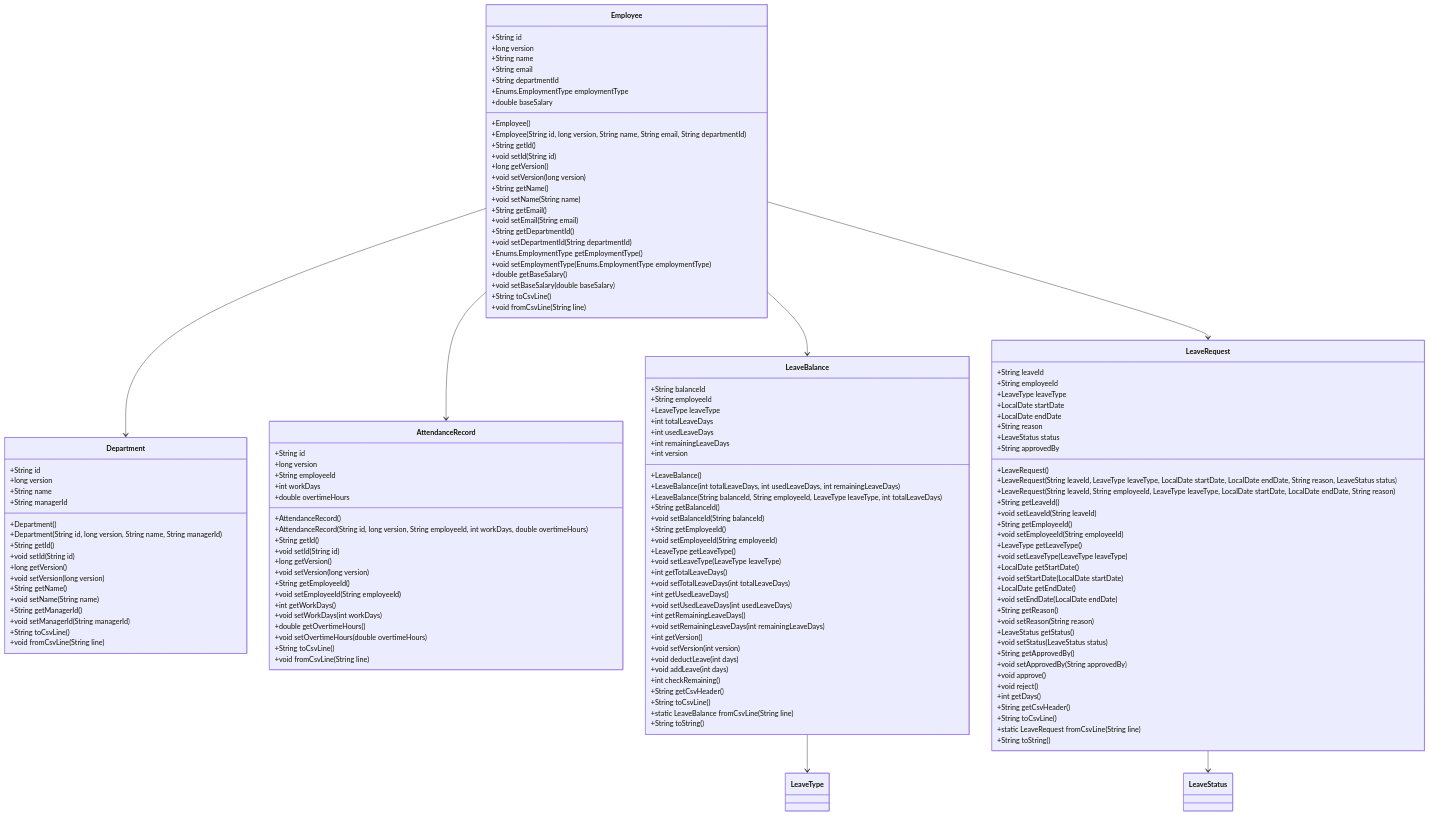
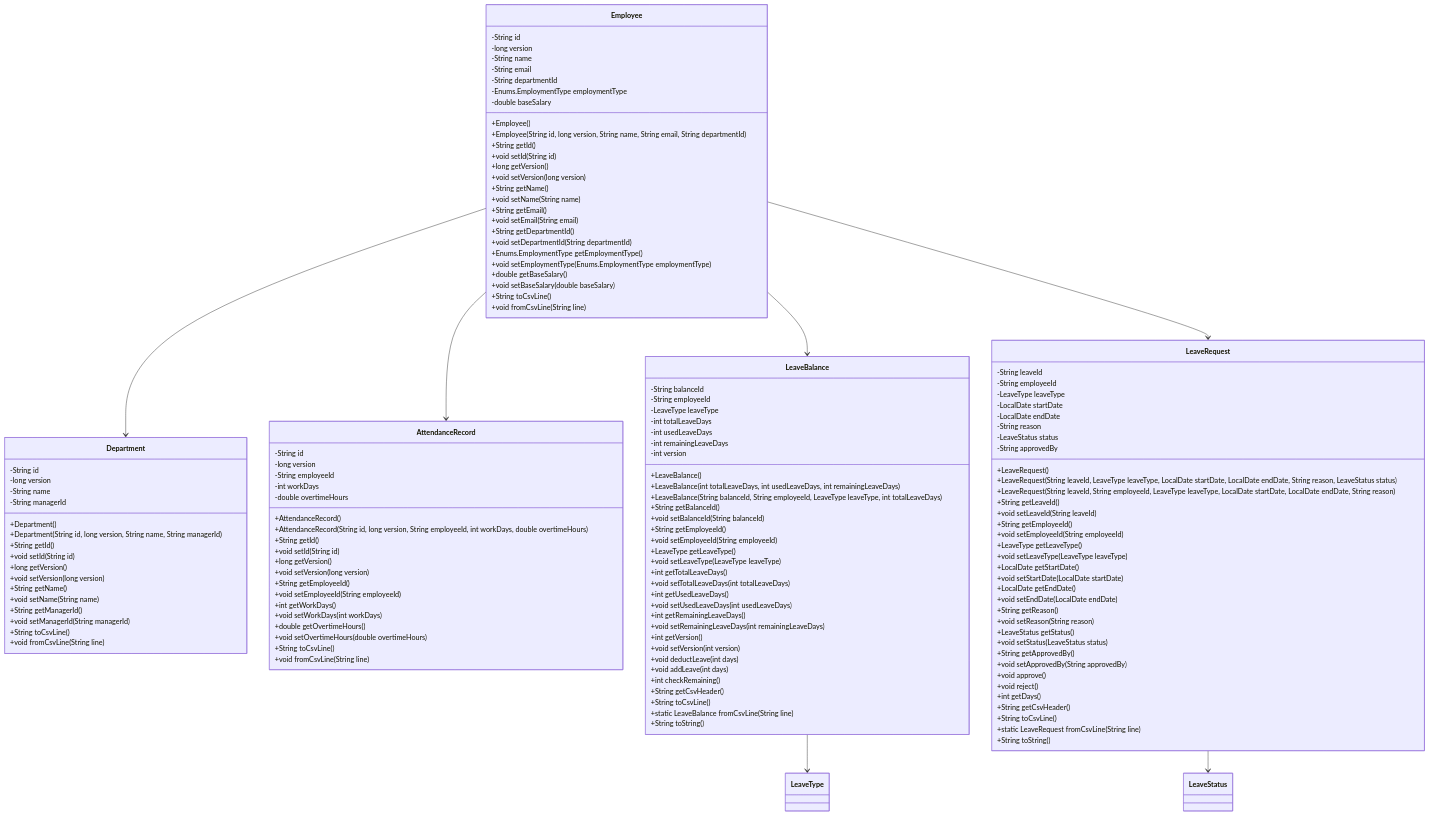
The diagram in docs/diagrams/class 7.md (kincrimson987/LAB211-Nhom-5), drawn with Mermaid before and after one commit.

Commit message:
Update class 7.md

```diff
--- a/docs/diagrams/class 7.md
+++ b/docs/diagrams/class 7.md
@@ -2,13 +2,13 @@
 classDiagram
 
 class Employee {
-    +String id
-    +long version
-    +String name
-    +String email
-    +String departmentId
-    +Enums.EmploymentType employmentType
-    +double baseSalary
+    -String id
+    -long version
+    -String name
+    -String email
+    -String departmentId
+    -Enums.EmploymentType employmentType
+    -double baseSalary
 
     +Employee()
     +Employee(String id, long version, String name, String email, String departmentId)
@@ -31,10 +31,10 @@
 }
 
 class Department {
-    +String id
-    +long version
-    +String name
-    +String managerId
+    -String id
+    -long version
+    -String name
+    -String managerId
 
     +Department()
     +Department(String id, long version, String name, String managerId)
@@ -51,11 +51,11 @@
 }
 
 class AttendanceRecord {
-    +String id
-    +long version
-    +String employeeId
-    +int workDays
-    +double overtimeHours
+    -String id
+    -long version
+    -String employeeId
+    -int workDays
+    -double overtimeHours
 
     +AttendanceRecord()
     +AttendanceRecord(String id, long version, String employeeId, int workDays, double overtimeHours)
@@ -74,13 +74,13 @@
 }
 
 class LeaveBalance {
-    +String balanceId
-    +String employeeId
-    +LeaveType leaveType
-    +int totalLeaveDays
-    +int usedLeaveDays
-    +int remainingLeaveDays
-    +int version
+    -String balanceId
+    -String employeeId
+    -LeaveType leaveType
+    -int totalLeaveDays
+    -int usedLeaveDays
+    -int remainingLeaveDays
+    -int version
 
     +LeaveBalance()
     +LeaveBalance(int totalLeaveDays, int usedLeaveDays, int remainingLeaveDays)
@@ -109,14 +109,14 @@
 }
 
 class LeaveRequest {
-    +String leaveId
-    +String employeeId
-    +LeaveType leaveType
-    +LocalDate startDate
-    +LocalDate endDate
-    +String reason
-    +LeaveStatus status
-    +String approvedBy
+    -String leaveId
+    -String employeeId
+    -LeaveType leaveType
+    -LocalDate startDate
+    -LocalDate endDate
+    -String reason
+    -LeaveStatus status
+    -String approvedBy
 
     +LeaveRequest()
     +LeaveRequest(String leaveId, LeaveType leaveType, LocalDate startDate, LocalDate endDate, String reason, LeaveStatus status)
```
